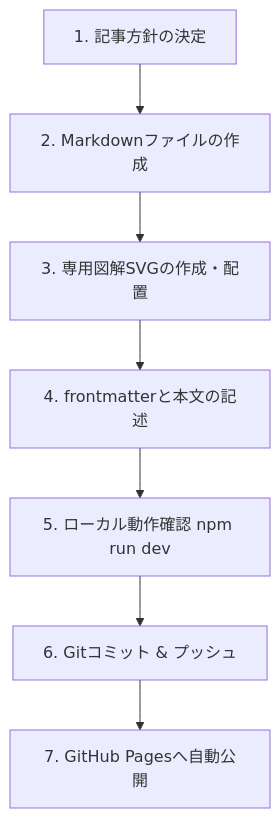
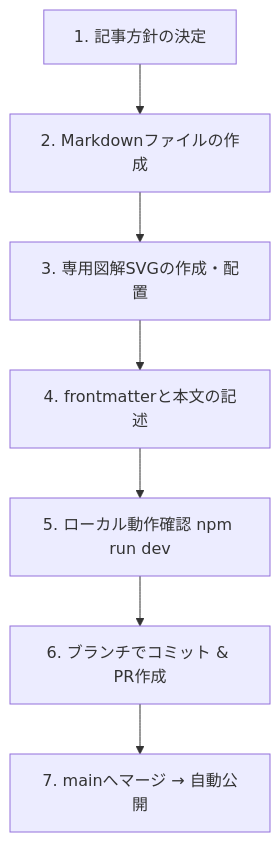
The diagram in src/content/docs/meta/manual.md (nakamotohiroshi-biz-team/howto-canvas), drawn with Mermaid before and after one commit. The commit also changed other lines of this file and 7 other files, not shown here.

````diff
--- a/src/content/docs/meta/manual.md
+++ b/src/content/docs/meta/manual.md
@@ -51,9 +51,9 @@
 ```mermaid
 flowchart TD
     A[1. 記事方針の決定] --> B[2. Markdownファイルの作成]
     B --> C[3. 専用図解SVGの作成・配置]
     C --> D[4. frontmatterと本文の記述]
     D --> E[5. ローカル動作確認 npm run dev]
-    E --> F[6. Gitコミット & プッシュ]
-    F --> G[7. GitHub Pagesへ自動公開]
+    E --> F[6. ブランチでコミット & PR作成]
+    F --> G[7. mainへマージ → 自動公開]
 ```
````
